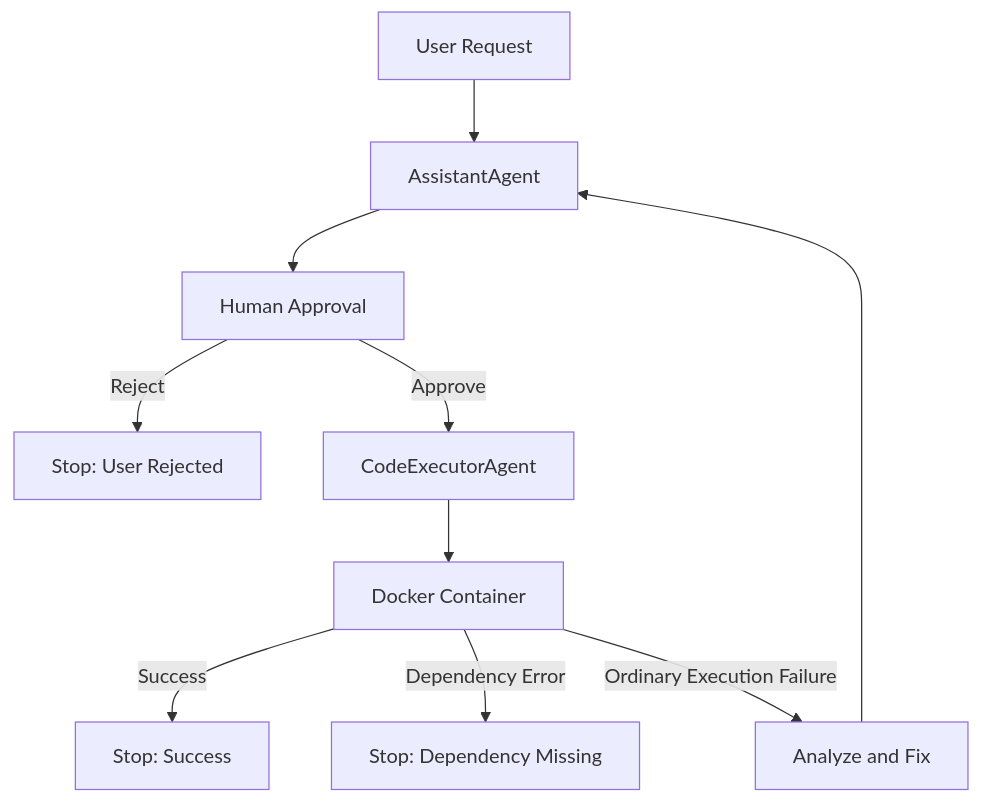
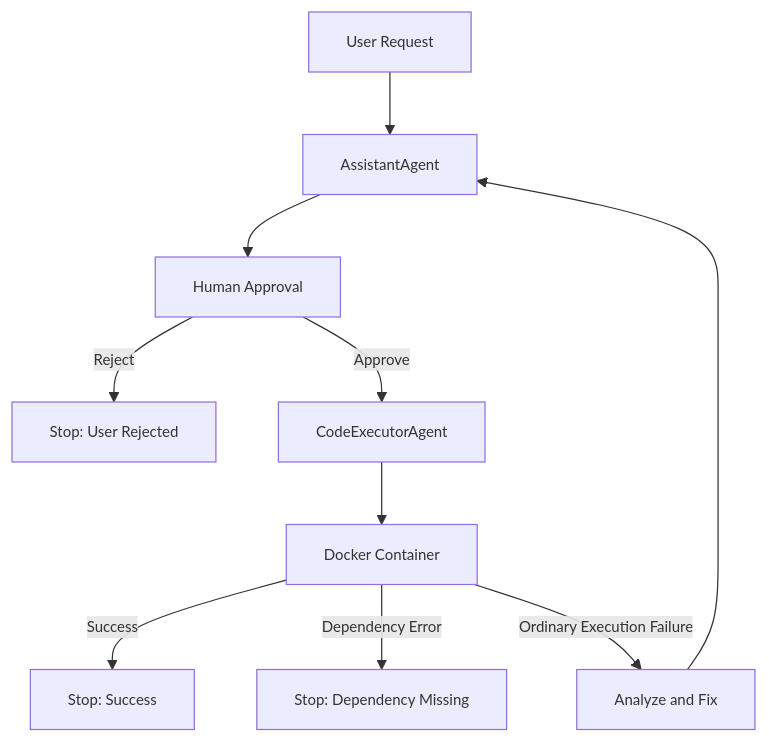
One commit to mustafaOzdogan/ai-python-code-builder-executor changed the diagram in README.md. Above: the diagram before and after it, drawn with Mermaid.

Commit message:
Add architecture flowchart to README
Added a flowchart to illustrate the architecture of the application.

````diff
--- a/README.md
+++ b/README.md
@@ -36,12 +36,13 @@
 ```mermaid
+%%{init: {"theme": "default", "themeVariables": {"fontSize": "12px"}}}%%
 flowchart TB
     A["User Request"] --> B["AssistantAgent"]
     B --> C["Human Approval"]
     C -- Reject --> D["Stop: User Rejected"]
     C -- Approve --> E["CodeExecutorAgent"]
     E --> F["Docker Container"]
     F -- Success --> G["Stop: Success"]
     H["Analyze and Fix"] --> B
     F -- Dependency Error --> I["Stop: Dependency Missing"]
     F -- Ordinary Execution Failure --> H
 ```
````
